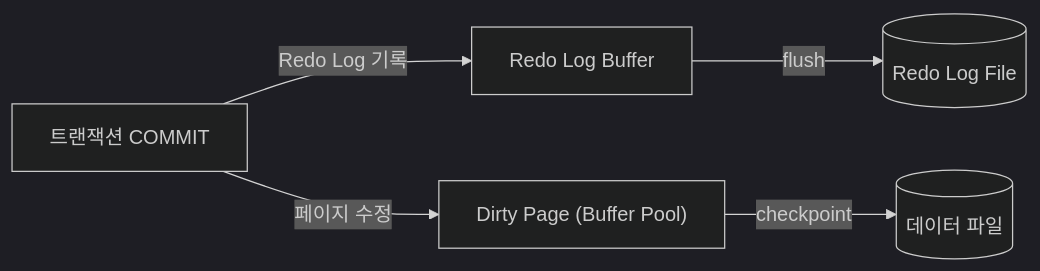
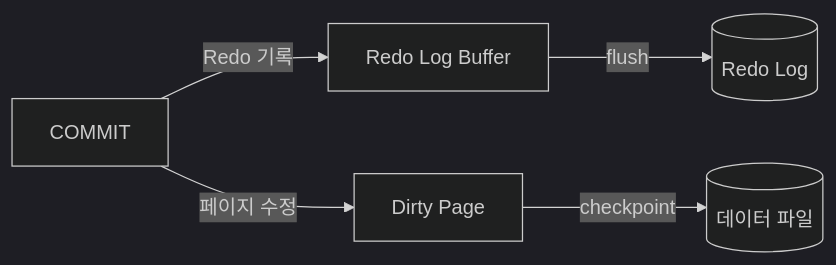
Before and after one commit to yjkim2015/yjkim2015.github.io: the third of 11 diagrams in _posts/db/2026-05-01-db-internals.md, drawn with Mermaid (dark theme). The commit also changed other lines of this file and 245 other files, not shown here.

First line of the commit message:
Mermaid 다이어그램 전면 수정 + 면접 포인트 접기/펼치기 + DB 데드락 페이지

````diff
--- a/_posts/db/2026-05-01-db-internals.md
+++ b/_posts/db/2026-05-01-db-internals.md
@@ -178,7 +178,7 @@
 ```mermaid
 graph LR
-    TRX["트랜잭션 COMMIT"] -->|Redo Log 기록| RLOG["Redo Log Buffer"]
-    RLOG -->|flush| DISK_LOG[(Redo Log File)]
-    TRX -->|페이지 수정| DIRTY["Dirty Page (Buffer Pool)"]
+    TRX["COMMIT"] -->|Redo 기록| RLOG["Redo Log Buffer"]
+    RLOG -->|flush| DISK_LOG[(Redo Log)]
+    TRX -->|페이지 수정| DIRTY["Dirty Page"]
     DIRTY -->|checkpoint| DISK_DATA[(데이터 파일)]
 ```
````
